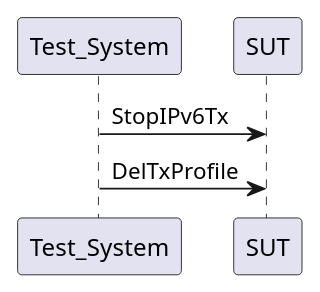
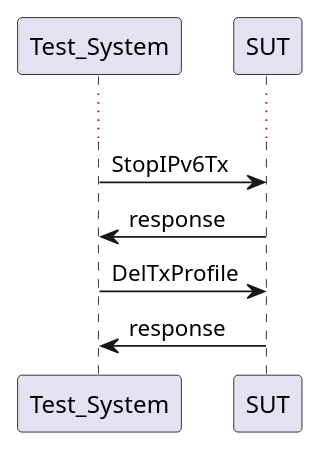
The second of 2 diagrams in Test Sequences/16094 IPv6 Testing TxProfile.md (certificationoperatingcouncil/COC_TestSpecs), drawn with PlantUML before and after one commit. The commit also changed other lines of this file and 1 other file, not shown here.

Commit message:
Test Sequences/16094 IPv6 Testing TxProfile - Editorial changes

````diff
--- a/Test Sequences/16094 IPv6 Testing TxProfile.md
+++ b/Test Sequences/16094 IPv6 Testing TxProfile.md
@@ -31,4 +37,7 @@
 ```puml
+...
 Test_System->SUT: StopIPv6Tx
+SUT->Test_System: response
 Test_System->SUT: DelTxProfile
+SUT->Test_System: response
 ```
````
